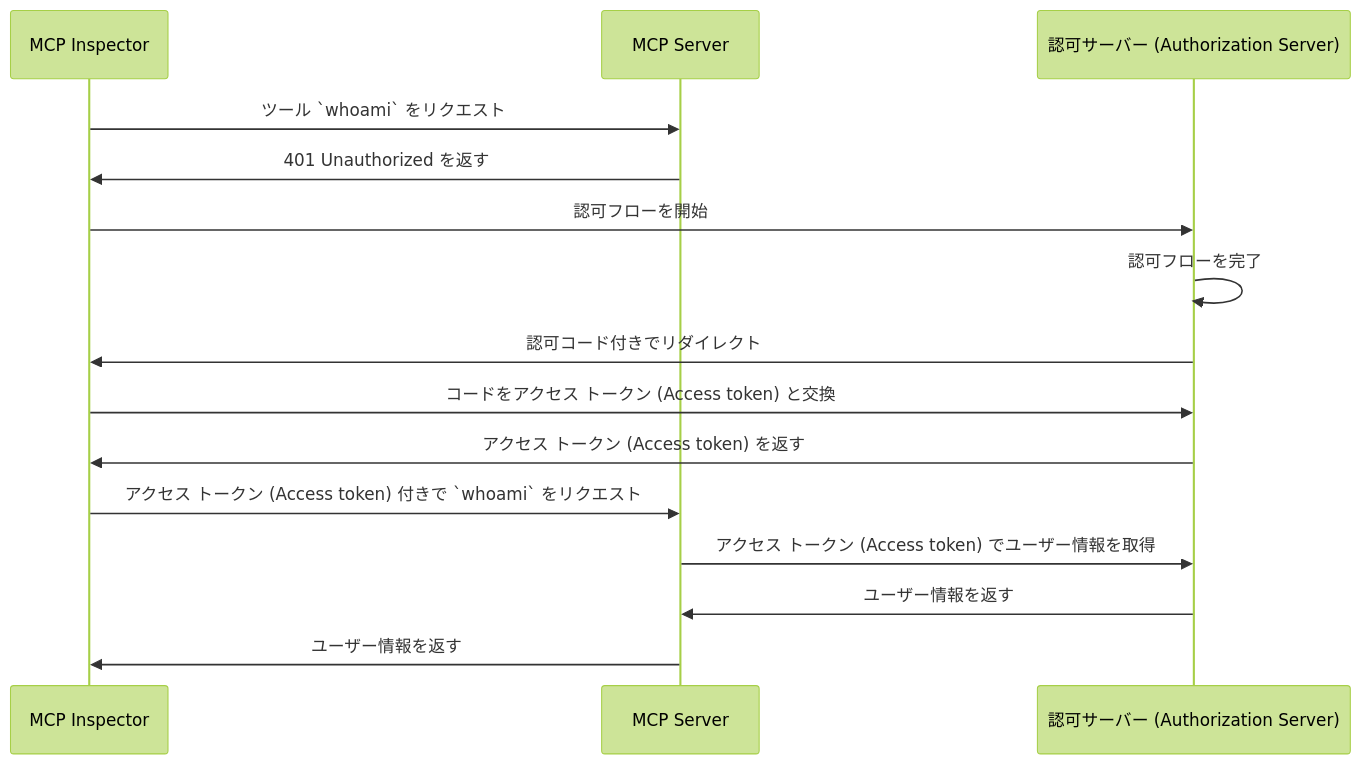
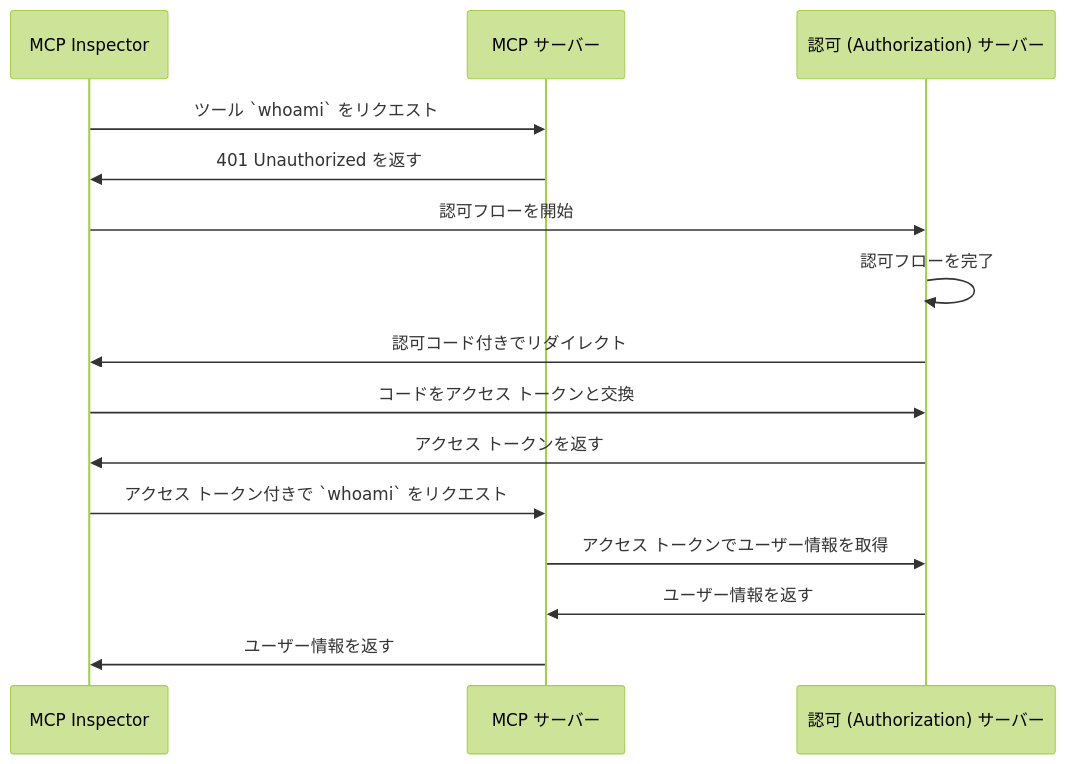
Before and after one commit to mcp-auth/docs: the diagram in i18n/ja/docusaurus-plugin-content-docs/current/tutorials/whoami/README.mdx, drawn with Mermaid (forest theme). The commit also changed other lines of this file and 17 other files, not shown here.

````diff
--- a/i18n/ja/docusaurus-plugin-content-docs/current/tutorials/whoami/README.mdx
+++ b/i18n/ja/docusaurus-plugin-content-docs/current/tutorials/whoami/README.mdx
@@ -31,18 +31,18 @@
 ```mermaid
 sequenceDiagram
     participant Client as MCP Inspector
-    participant Server as MCP Server
-    participant Auth as 認可サーバー (Authorization Server)
+    participant Server as MCP サーバー
+    participant Auth as 認可 (Authorization) サーバー
 
     Client->>Server: ツール `whoami` をリクエスト
     Server->>Client: 401 Unauthorized を返す
     Client->>Auth: 認可フローを開始
     Auth->>Auth: 認可フローを完了
     Auth->>Client: 認可コード付きでリダイレクト
-    Client->>Auth: コードをアクセス トークン (Access token) と交換
-    Auth->>Client: アクセス トークン (Access token) を返す
-    Client->>Server: アクセス トークン (Access token) 付きで `whoami` をリクエスト
-    Server->>Auth: アクセス トークン (Access token) でユーザー情報を取得
+    Client->>Auth: コードをアクセス トークンと交換
+    Auth->>Client: アクセス トークンを返す
+    Client->>Server: アクセス トークン付きで `whoami` をリクエスト
+    Server->>Auth: アクセス トークンでユーザー情報を取得
     Auth->>Server: ユーザー情報を返す
     Server->>Client: ユーザー情報を返す
 ```
````
